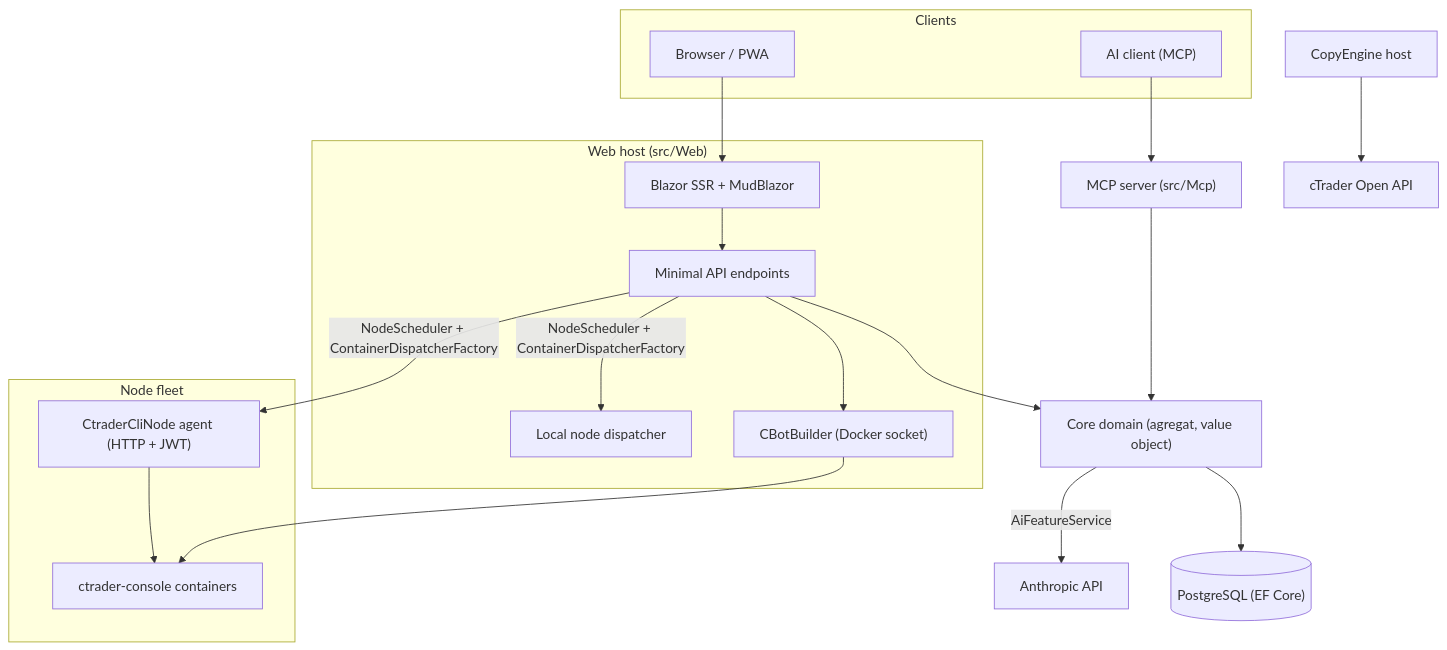
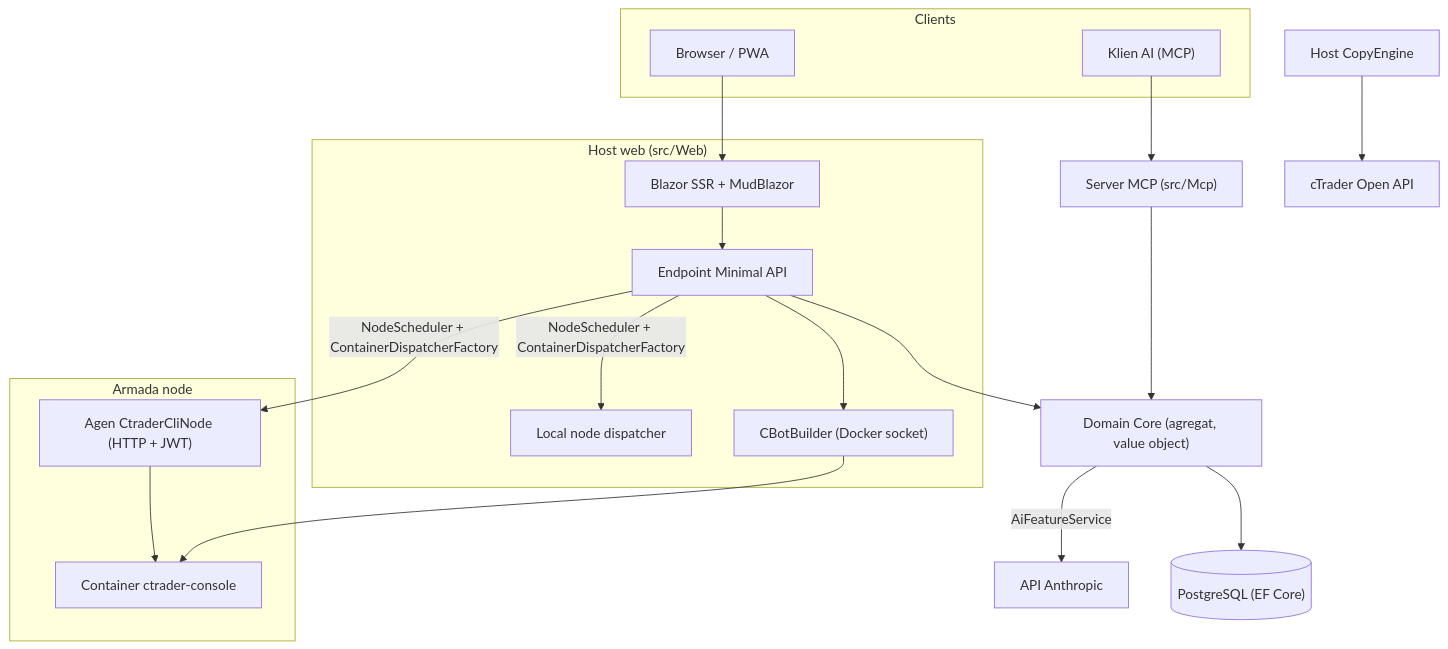
Before and after one commit to amusleh-spotware-com/cmind: the diagram in website/i18n/id/docusaurus-plugin-content-docs/current/architecture.md, drawn with Mermaid. The commit also changed other lines of this file and 509 other files, not shown here.

````diff
--- a/website/i18n/id/docusaurus-plugin-content-docs/current/architecture.md
+++ b/website/i18n/id/docusaurus-plugin-content-docs/current/architecture.md
@@ -29,37 +33,37 @@
 ```mermaid
 flowchart TB
     subgraph Clients
         Browser["Browser / PWA"]
-        AiClient["AI client (MCP)"]
+        AiClient["Klien AI (MCP)"]
     end
 
-    subgraph WebHost["Web host (src/Web)"]
+    subgraph WebHost["Host web (src/Web)"]
         UI["Blazor SSR + MudBlazor"]
-        Api["Minimal API endpoints"]
+        Api["Endpoint Minimal API"]
         Builder["CBotBuilder (Docker socket)"]
         LocalNode["Local node dispatcher"]
     end
 
-    Mcp["MCP server (src/Mcp)"]
-    Core["Core domain (agregat, value object)"]
+    Mcp["Server MCP (src/Mcp)"]
+    Core["Domain Core (agregat, value object)"]
     Db[("PostgreSQL (EF Core)")]
 
-    subgraph Fleet["Node fleet"]
-        ExtNode["CtraderCliNode agent (HTTP + JWT)"]
-        Docker["ctrader-console containers"]
+    subgraph Fleet["Armada node"]
+        ExtNode["Agen CtraderCliNode (HTTP + JWT)"]
+        Docker["Container ctrader-console"]
     end
 
-    Copy["CopyEngine host"]
+    Copy["Host CopyEngine"]
     OpenApi["cTrader Open API"]
-    Anthropic["Anthropic API"]
+    Anthropic["API Anthropic"]
 
     Browser --> UI --> Api
     AiClient --> Mcp --> Core
     Api --> Core
     Core --> Db
     Api --> Builder --> Docker
     Api -->|NodeScheduler + ContainerDispatcherFactory| LocalNode & ExtNode
     ExtNode --> Docker
     Copy --> OpenApi
     Core -->|AiFeatureService| Anthropic
 ```
````
